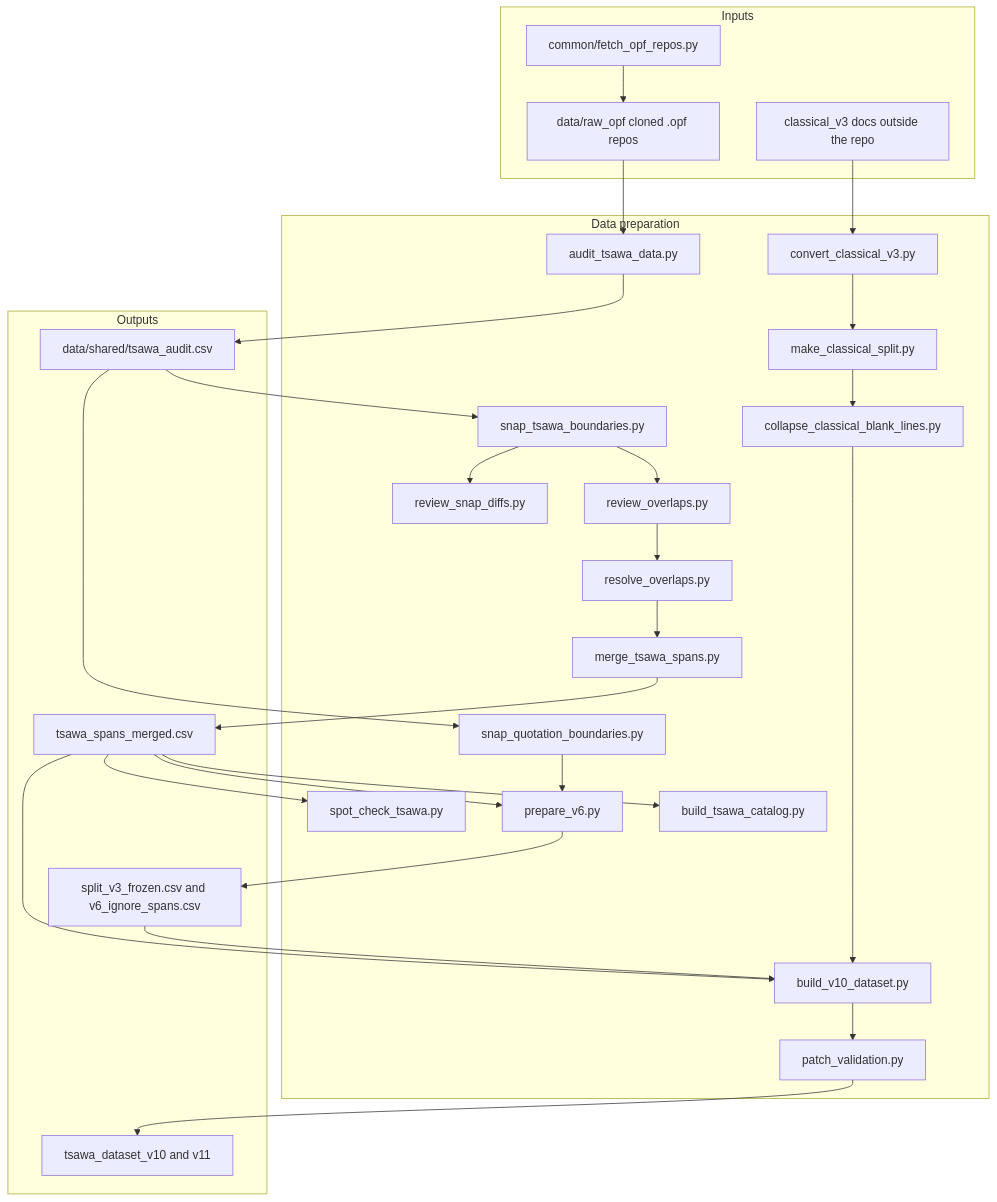
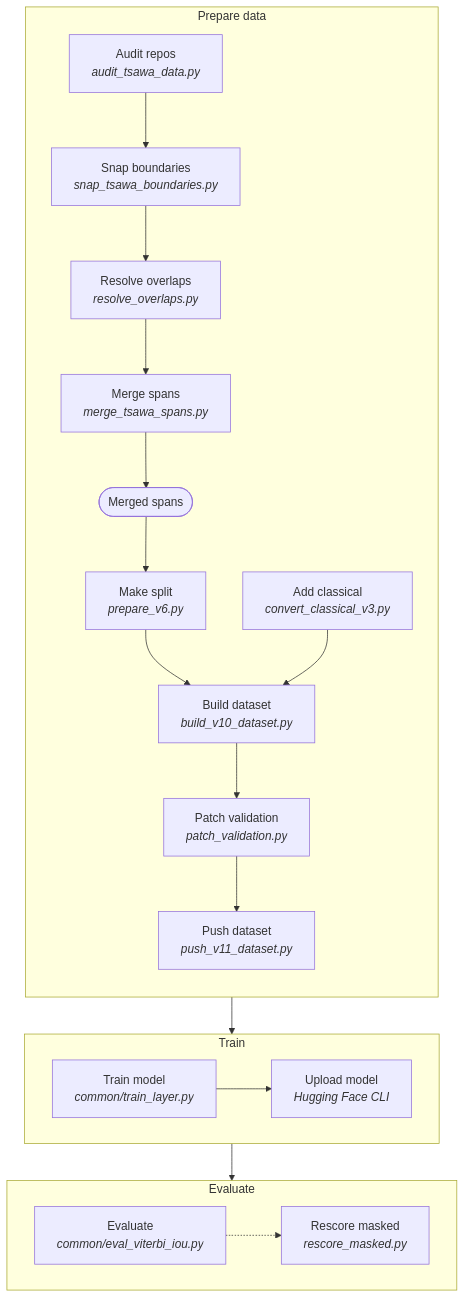
One commit to tenzinyonten/tibetan-layer-detection changed the diagram in tsawa/README.md. Above: the diagram before and after it, drawn with Mermaid. The commit also changed other lines of this file and 7 other files, not shown here.

Commit message:
tsawa: README in the common folder format; docstrings and help for pipeline scripts; drop docs/huggingface.md

````diff
--- a/tsawa/README.md
+++ b/tsawa/README.md
@@ -24,44 +31,25 @@
 ```mermaid
 flowchart TD
-  subgraph IN["Inputs"]
-    I1["data/raw_opf cloned .opf repos"]
-    I2["common/fetch_opf_repos.py"]
-    I3["classical_v3 docs outside the repo"]
+  subgraph PREP["Prepare data"]
+    direction TB
+    S1["Audit repos<br/><i>audit_tsawa_data.py</i>"] --> S2["Snap boundaries<br/><i>snap_tsawa_boundaries.py</i>"]
+    S2 --> S3["Resolve overlaps<br/><i>resolve_overlaps.py</i>"]
+    S3 --> S4["Merge spans<br/><i>merge_tsawa_spans.py</i>"]
+    S4 --> F1(["Merged spans"])
+    F1 --> S5["Make split<br/><i>prepare_v6.py</i>"]
+    S5 --> S6["Build dataset<br/><i>build_v10_dataset.py</i>"]
+    S7["Add classical<br/><i>convert_classical_v3.py</i>"] --> S6
+    S6 --> S8["Patch validation<br/><i>patch_validation.py</i>"]
+    S8 --> S9["Push dataset<br/><i>push_v11_dataset.py</i>"]
   end
-  subgraph PREP["Data preparation"]
-    A1["audit_tsawa_data.py"]
-    A2["snap_tsawa_boundaries.py"]
-    A3["review_snap_diffs.py"]
-    A4["review_overlaps.py"]
-    A5["resolve_overlaps.py"]
-    A6["merge_tsawa_spans.py"]
-    A7["snap_quotation_boundaries.py"]
-    A8["spot_check_tsawa.py"]
-    A9["prepare_v6.py"]
-    A10["convert_classical_v3.py"]
-    A11["make_classical_split.py"]
-    A12["collapse_classical_blank_lines.py"]
-    A13["build_v10_dataset.py"]
-    A14["patch_validation.py"]
-    A15["build_tsawa_catalog.py"]
+  subgraph TRAIN["Train"]
+    direction LR
+    T1["Train model<br/><i>common/train_layer.py</i>"] --> T2["Upload model<br/><i>Hugging Face CLI</i>"]
   end
-  subgraph OUT["Outputs"]
-    O1["data/shared/tsawa_audit.csv"]
-    O2["tsawa_spans_merged.csv"]
-    O3["split_v3_frozen.csv and v6_ignore_spans.csv"]
-    O4["tsawa_dataset_v10 and v11"]
+  subgraph EVAL["Evaluate"]
+    direction LR
+    E1["Evaluate<br/><i>common/eval_viterbi_iou.py</i>"] -.-> E2["Rescore masked<br/><i>rescore_masked.py</i>"]
   end
-  I2 --> I1
-  I1 --> A1 --> O1
-  O1 --> A2 --> A3
-  A2 --> A4 --> A5 --> A6 --> O2
-  O1 --> A7
-  O2 --> A8
-  O2 --> A9
-  A7 --> A9 --> O3
-  O2 --> A15
-  I3 --> A10 --> A11 --> A12
-  O2 --> A13
-  O3 --> A13
-  A12 --> A13 --> A14 --> O4
+  PREP --> TRAIN
+  TRAIN --> EVAL
 ```
````
